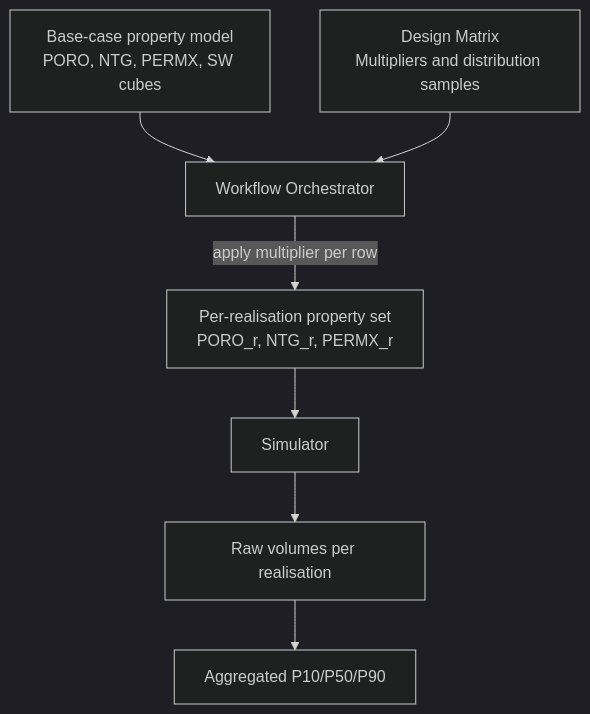
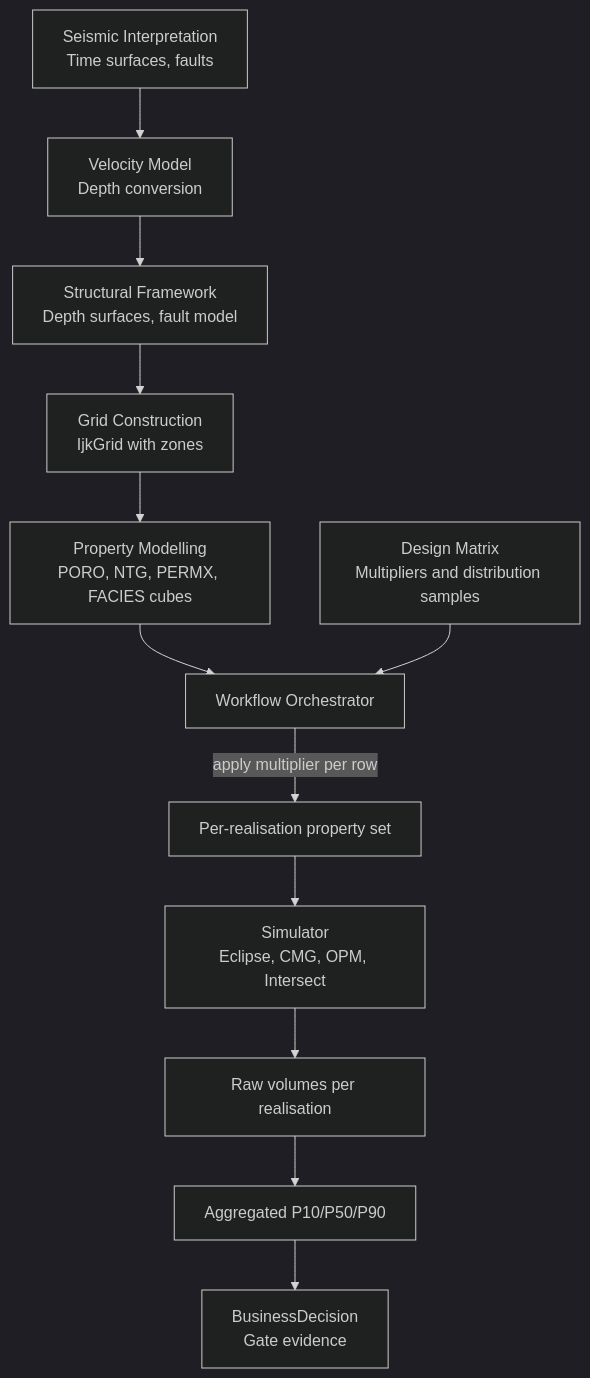
One commit to equinor/ores changed the first of 6 diagrams in md/Uncertainty.md. Above: the diagram before and after it, drawn with Mermaid (dark theme). The commit also changed other lines of this file, not shown here.

````diff
--- a/md/Uncertainty.md
+++ b/md/Uncertainty.md
@@ -327,17 +447,27 @@
 ```mermaid
 flowchart TD
-  BASE[Base-case property model<br/>PORO, NTG, PERMX, SW cubes]
+  SEIS[Seismic Interpretation<br/>Time surfaces, faults]
+  VEL[Velocity Model<br/>Depth conversion]
+  STRUCT[Structural Framework<br/>Depth surfaces, fault model]
+  GRID[Grid Construction<br/>IjkGrid with zones]
+  PROP[Property Modelling<br/>PORO, NTG, PERMX, FACIES cubes]
   DM[Design Matrix<br/>Multipliers and distribution samples]
   ORCH[Workflow Orchestrator]
-  REAL[Per-realisation property set<br/>PORO_r, NTG_r, PERMX_r]
-  SIM[Simulator]
+  REAL[Per-realisation property set]
+  SIM[Simulator<br/>Eclipse, CMG, OPM, Intersect]
   REV[Raw volumes per realisation]
   STATS[Aggregated P10/P50/P90]
+  BD[BusinessDecision<br/>Gate evidence]
 
-  BASE --> ORCH
+  SEIS --> VEL
+  VEL --> STRUCT
+  STRUCT --> GRID
+  GRID --> PROP
+  PROP --> ORCH
   DM --> ORCH
   ORCH -->|"apply multiplier per row"| REAL
   REAL --> SIM
   SIM --> REV
   REV --> STATS
+  STATS --> BD
 ```
````
